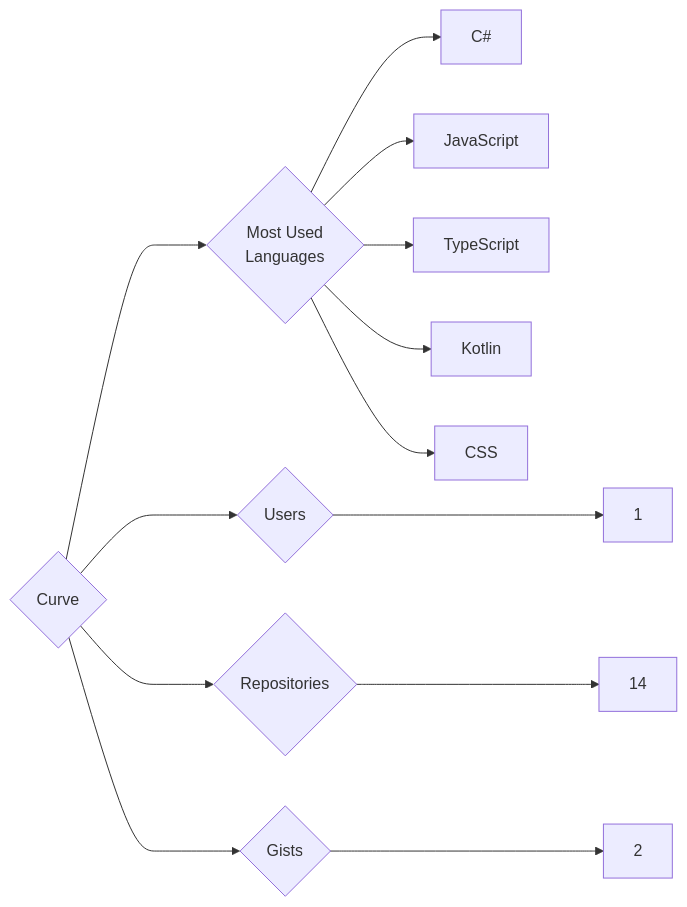
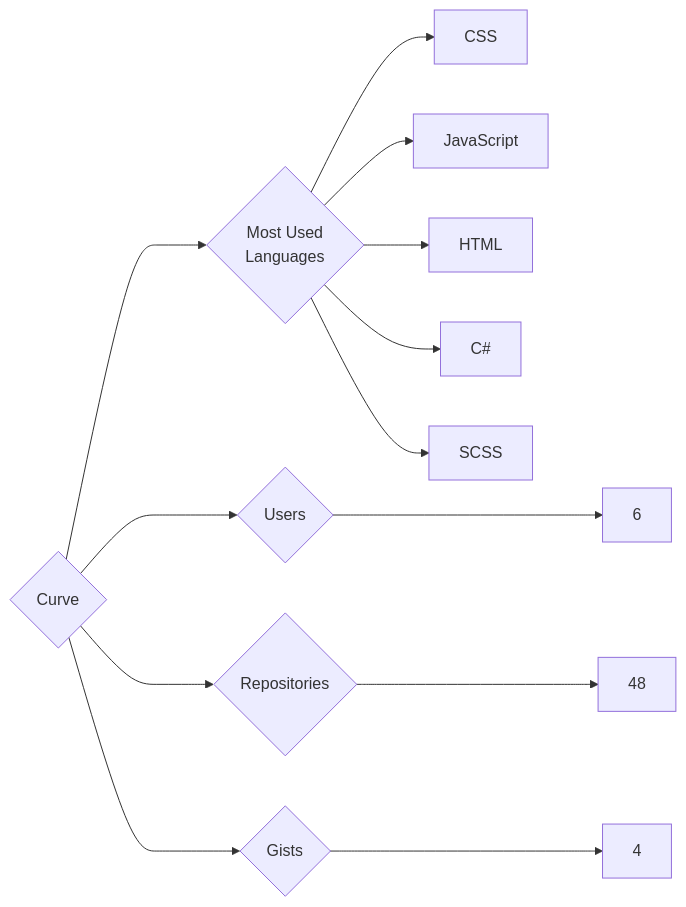
The diagram in targets/Curve/README.md (trickest/insiders), drawn with Mermaid before and after one commit. The commit also changed 894 other files, not shown here.

````diff
--- a/targets/Curve/README.md
+++ b/targets/Curve/README.md
@@ -3,13 +3,13 @@
 ```mermaid
 graph LR
 COMPANY_NAME{Curve}
-COMPANY_NAME ---> U{Users} ---> UN[1]
-COMPANY_NAME ---> R{Repositories} ---> RN[14]
-COMPANY_NAME ---> G{Gists} ---> GN[2]
+COMPANY_NAME ---> U{Users} ---> UN[6]
+COMPANY_NAME ---> R{Repositories} ---> RN[48]
+COMPANY_NAME ---> G{Gists} ---> GN[4]
 COMPANY_NAME ---> ML{Most Used<br>Languages}
+ML --> CSS[CSS]
+ML --> JavaScript[JavaScript]
+ML --> HTML[HTML]
 ML --> C#[C#]
-ML --> JavaScript[JavaScript]
-ML --> TypeScript[TypeScript]
-ML --> Kotlin[Kotlin]
-ML --> CSS[CSS]
+ML --> SCSS[SCSS]
 ```
````
